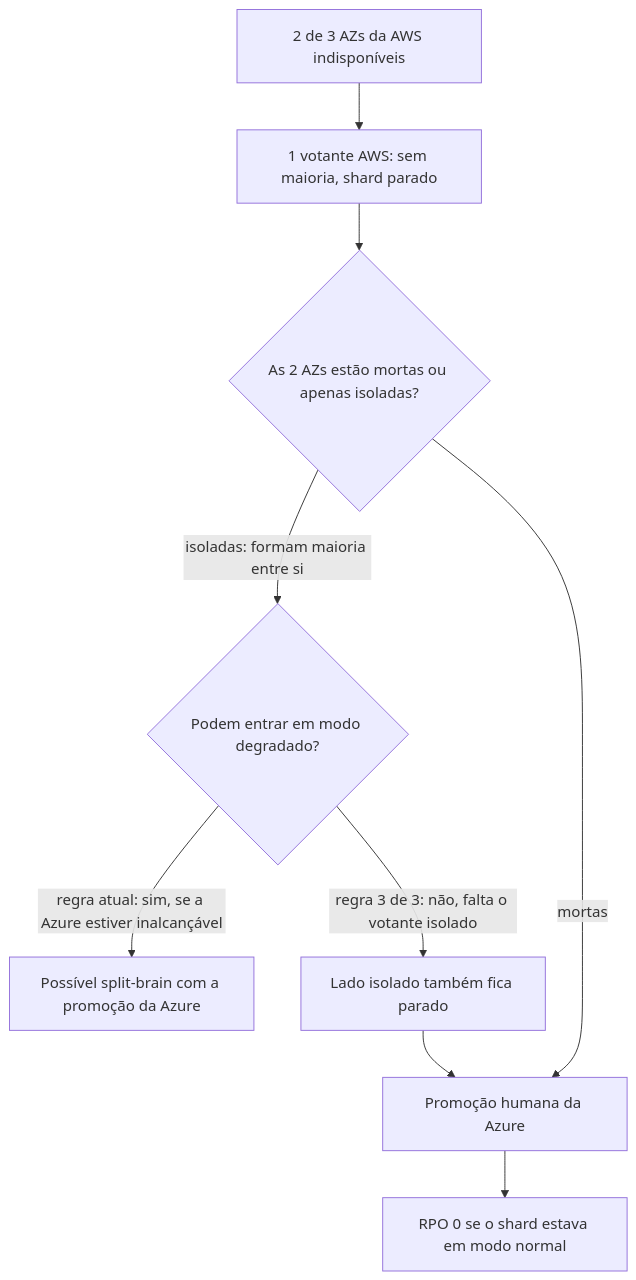
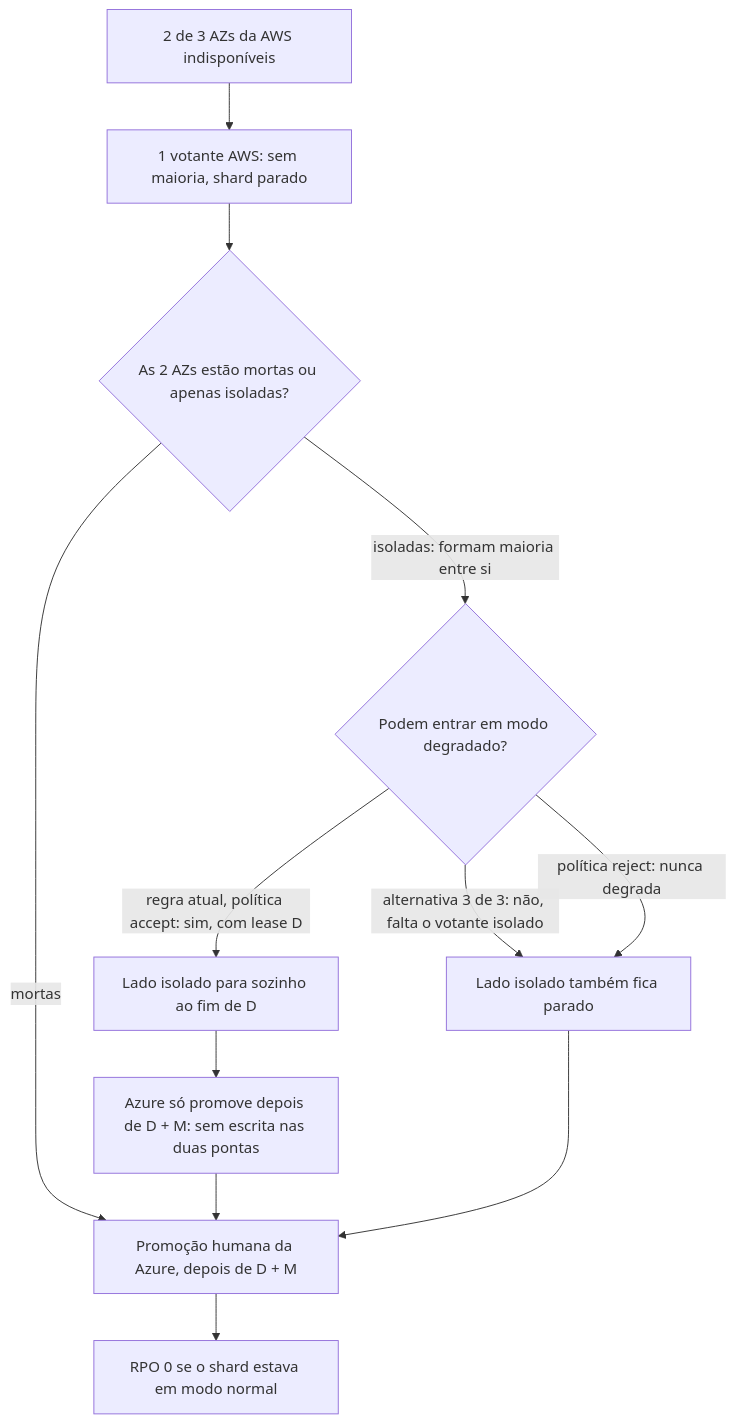
Before and after one commit to brbarmex/k: the diagram in 02_cenarios/a_rever/R06-duas-azs-aws-caem.md, drawn with Mermaid. The commit also changed other lines of this file and 139 other files, not shown here.

````diff
--- a/02_cenarios/a_rever/R06-duas-azs-aws-caem.md
+++ b/02_cenarios/a_rever/R06-duas-azs-aws-caem.md
@@ -13,11 +15,14 @@
 ```mermaid
 flowchart TD
     A["2 de 3 AZs da AWS indisponíveis"] --> B["1 votante AWS: sem maioria, shard parado"]
     B --> C{"As 2 AZs estão mortas ou apenas isoladas?"}
     C -->|"isoladas: formam maioria entre si"| D{"Podem entrar em modo degradado?"}
-    D -->|"regra atual: sim, se a Azure estiver inalcançável"| E["Possível split-brain com a promoção da Azure"]
-    D -->|"regra 3 de 3: não, falta o votante isolado"| F["Lado isolado também fica parado"]
-    C -->|"mortas"| G["Promoção humana da Azure"]
+    D -->|"regra atual, política accept: sim, com lease D"| E["Lado isolado para sozinho ao fim de D"]
+    E --> E2["Azure só promove depois de D + M: sem escrita nas duas pontas"]
+    D -->|"alternativa 3 de 3: não, falta o votante isolado"| F["Lado isolado também fica parado"]
+    D -->|"política reject: nunca degrada"| F
+    C -->|"mortas"| G["Promoção humana da Azure, depois de D + M"]
+    E2 --> G
     F --> G
     G --> H["RPO 0 se o shard estava em modo normal"]
 ```
````
